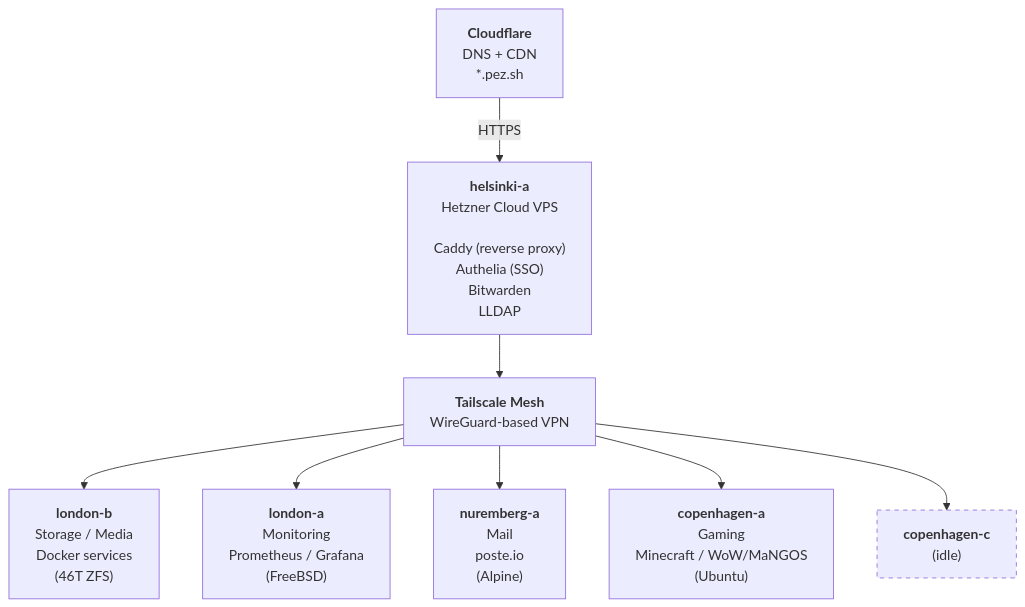
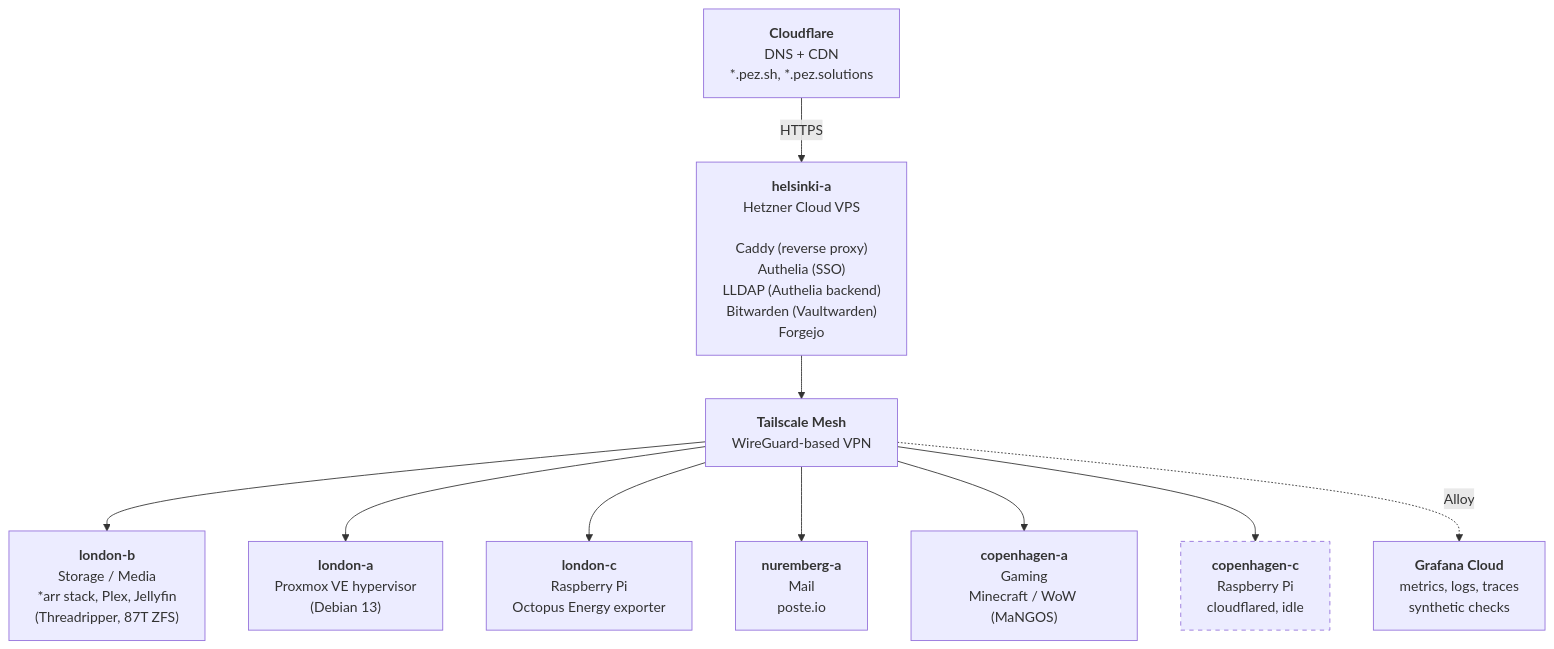
One commit to RWejlgaard/pez-infra changed the first of 3 diagrams in docs/architecture.md. Above: the diagram before and after it, drawn with Mermaid. The commit also changed other lines of this file and 15 other files, not shown here.

````diff
--- a/docs/architecture.md
+++ b/docs/architecture.md
@@ -11,17 +11,20 @@
 ```mermaid
 graph TD
-    CF["<b>Cloudflare</b><br/>DNS + CDN<br/>*.pez.sh"]
+    CF["<b>Cloudflare</b><br/>DNS + CDN<br/>*.pez.sh, *.pez.solutions"]
     CF -->|HTTPS| HEL
 
-    HEL["<b>helsinki-a</b><br/>Hetzner Cloud VPS<br/><br/>Caddy (reverse proxy)<br/>Authelia (SSO)<br/>Bitwarden<br/>LLDAP"]
+    HEL["<b>helsinki-a</b><br/>Hetzner Cloud VPS<br/><br/>Caddy (reverse proxy)<br/>Authelia (SSO)<br/>LLDAP (Authelia backend)<br/>Bitwarden (Vaultwarden)<br/>Forgejo"]
 
     HEL --> TS["<b>Tailscale Mesh</b><br/>WireGuard-based VPN"]
 
-    TS --> LB["<b>london-b</b><br/>Storage / Media<br/>Docker services<br/>(46T ZFS)"]
-    TS --> LA["<b>london-a</b><br/>Monitoring<br/>Prometheus / Grafana<br/>(FreeBSD)"]
-    TS --> NA["<b>nuremberg-a</b><br/>Mail<br/>poste.io<br/>(Alpine)"]
-    TS --> CA["<b>copenhagen-a</b><br/>Gaming<br/>Minecraft / WoW/MaNGOS<br/>(Ubuntu)"]
-    TS --> CC["<b>copenhagen-c</b><br/>(idle)"]
+    TS --> LB["<b>london-b</b><br/>Storage / Media<br/>*arr stack, Plex, Jellyfin<br/>(Threadripper, 87T ZFS)"]
+    TS --> LA["<b>london-a</b><br/>Proxmox VE hypervisor<br/>(Debian 13)"]
+    TS --> LC["<b>london-c</b><br/>Raspberry Pi<br/>Octopus Energy exporter"]
+    TS --> NA["<b>nuremberg-a</b><br/>Mail<br/>poste.io"]
+    TS --> CA["<b>copenhagen-a</b><br/>Gaming<br/>Minecraft / WoW (MaNGOS)"]
+    TS --> CC["<b>copenhagen-c</b><br/>Raspberry Pi<br/>cloudflared, idle"]
+
+    TS -.->|Alloy| GC["<b>Grafana Cloud</b><br/>metrics, logs, traces<br/>synthetic checks"]
 
     style CC stroke-dasharray: 5 5
 ```
````
